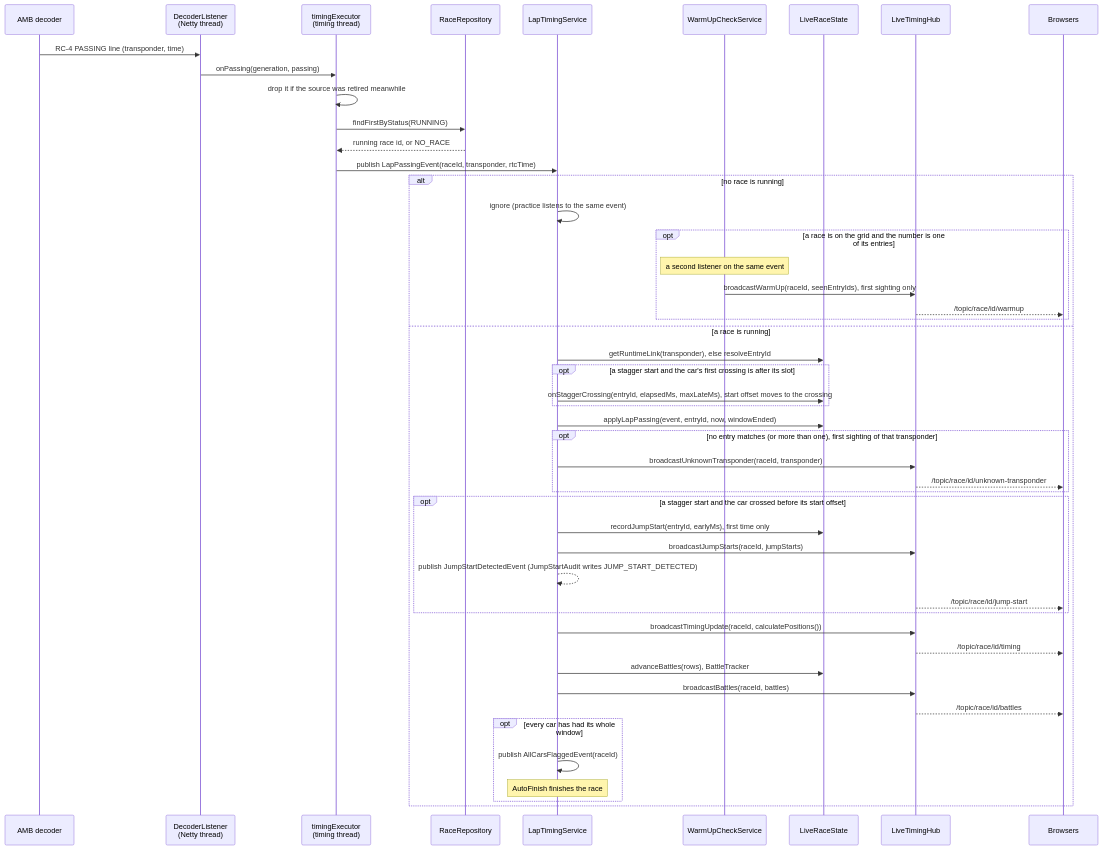
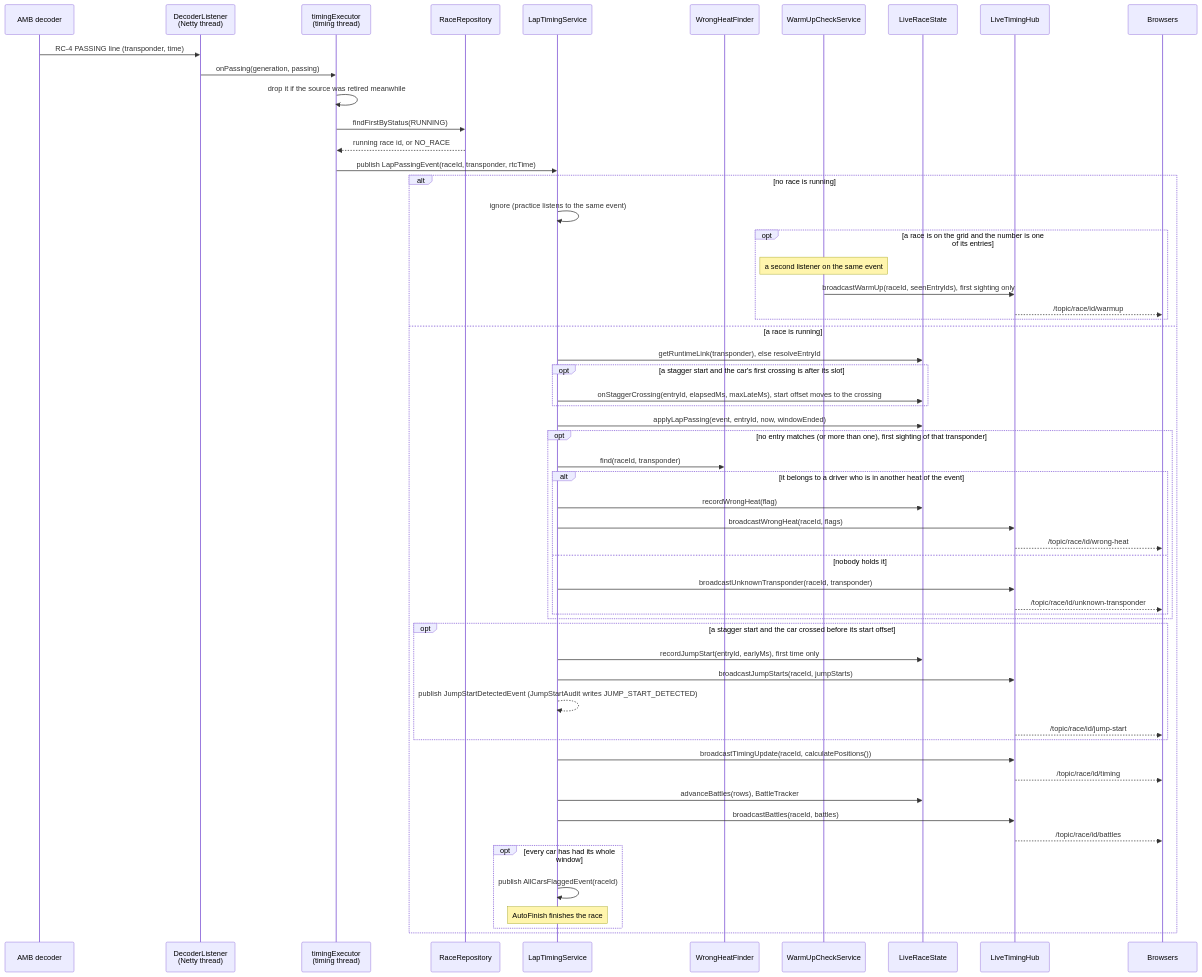
Before and after one commit to RCRaceHub/RCTimingControl: the first of 16 diagrams in docs/developer/sequences.md, drawn with Mermaid. The commit also changed other lines of this file and 28 other files, not shown here.

First line of the commit message:
Flag drivers detected in the wrong heat (#857)

````diff
--- a/docs/developer/sequences.md
+++ b/docs/developer/sequences.md
@@ -19,52 +19,60 @@
 ```mermaid
 sequenceDiagram
     participant Dec as AMB decoder
     participant DL as DecoderListener<br/>(Netty thread)
     participant TE as timingExecutor<br/>(timing thread)
     participant RR as RaceRepository
     participant LTS as LapTimingService
+    participant WHF as WrongHeatFinder
     participant WU as WarmUpCheckService
     participant LRS as LiveRaceState
     participant Hub as LiveTimingHub
     participant B as Browsers
 
     Dec->>DL: RC-4 PASSING line (transponder, time)
     DL->>TE: onPassing(generation, passing)
     TE->>TE: drop it if the source was retired meanwhile
     TE->>RR: findFirstByStatus(RUNNING)
     RR-->>TE: running race id, or NO_RACE
     TE->>LTS: publish LapPassingEvent(raceId, transponder, rtcTime)
     alt no race is running
         LTS->>LTS: ignore (practice listens to the same event)
         opt a race is on the grid and the number is one of its entries
             Note over WU: a second listener on the same event
             WU->>Hub: broadcastWarmUp(raceId, seenEntryIds), first sighting only
             Hub-->>B: /topic/race/id/warmup
         end
     else a race is running
         LTS->>LRS: getRuntimeLink(transponder), else resolveEntryId
         opt a stagger start and the car's first crossing is after its slot
             LTS->>LRS: onStaggerCrossing(entryId, elapsedMs, maxLateMs), start offset moves to the crossing
         end
         LTS->>LRS: applyLapPassing(event, entryId, now, windowEnded)
         opt no entry matches (or more than one), first sighting of that transponder
-            LTS->>Hub: broadcastUnknownTransponder(raceId, transponder)
-            Hub-->>B: /topic/race/id/unknown-transponder
+            LTS->>WHF: find(raceId, transponder)
+            alt it belongs to a driver who is in another heat of the event
+                LTS->>LRS: recordWrongHeat(flag)
+                LTS->>Hub: broadcastWrongHeat(raceId, flags)
+                Hub-->>B: /topic/race/id/wrong-heat
+            else nobody holds it
+                LTS->>Hub: broadcastUnknownTransponder(raceId, transponder)
+                Hub-->>B: /topic/race/id/unknown-transponder
+            end
         end
         opt a stagger start and the car crossed before its start offset
             LTS->>LRS: recordJumpStart(entryId, earlyMs), first time only
             LTS->>Hub: broadcastJumpStarts(raceId, jumpStarts)
             LTS-->>LTS: publish JumpStartDetectedEvent (JumpStartAudit writes JUMP_START_DETECTED)
             Hub-->>B: /topic/race/id/jump-start
         end
         LTS->>Hub: broadcastTimingUpdate(raceId, calculatePositions())
         Hub-->>B: /topic/race/id/timing
         LTS->>LRS: advanceBattles(rows), BattleTracker
         LTS->>Hub: broadcastBattles(raceId, battles)
         Hub-->>B: /topic/race/id/battles
         opt every car has had its whole window
             LTS->>LTS: publish AllCarsFlaggedEvent(raceId)
             Note over LTS: AutoFinish finishes the race
         end
     end
 ```
````
